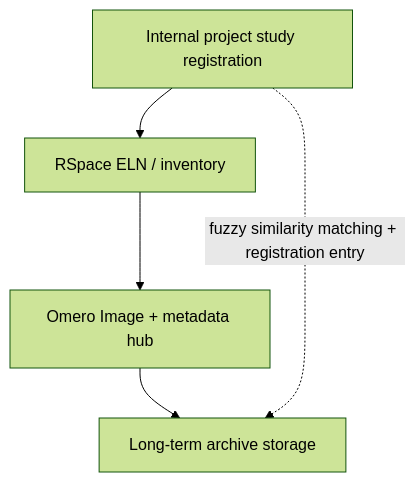
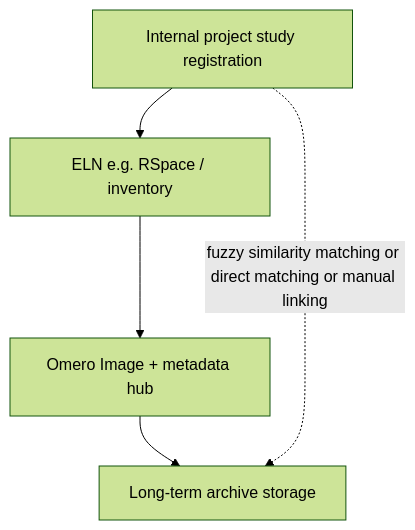
The diagram in README.md (SaibotMagd/RDM_system_connector), drawn with Mermaid (forest theme) before and after one commit. The commit also changed other lines of this file, not shown here.

````diff
--- a/README.md
+++ b/README.md
@@ -6,8 +13,8 @@
 ```mermaid
 graph TD
-    A[Internal project study registration] --> B[RSpace ELN / inventory]
+    A[Internal project study registration] --> B[ELN e.g. RSpace / inventory]
     B --> C[Omero Image + metadata hub]
     C --> D[Long-term archive storage]
 
-    A -.->|fuzzy similarity matching + registration entry| D
+    A -.->|fuzzy similarity matching or direct matching or manual linking| D
 ```
````
